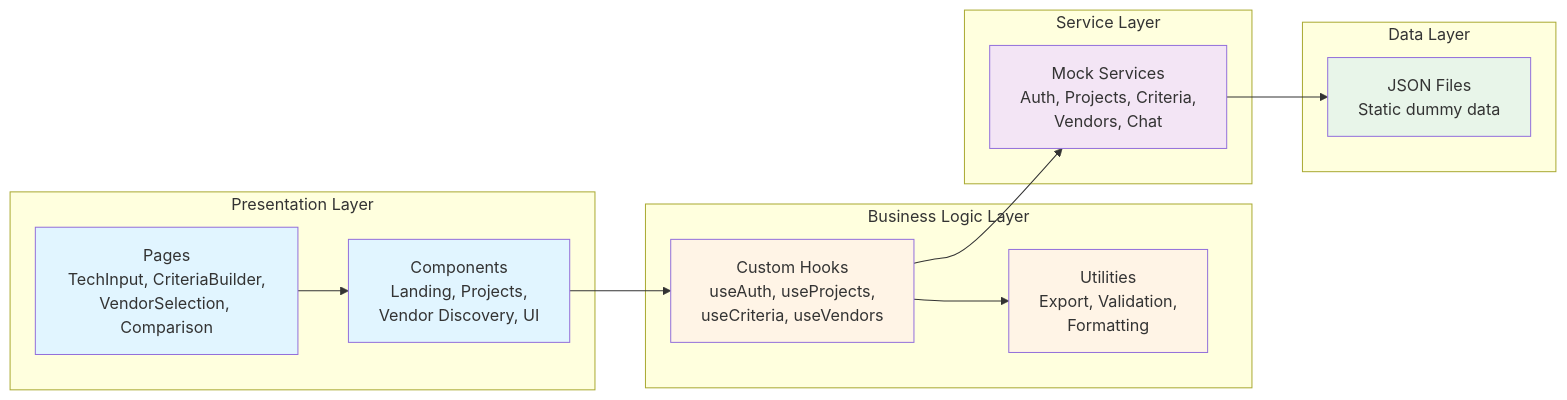
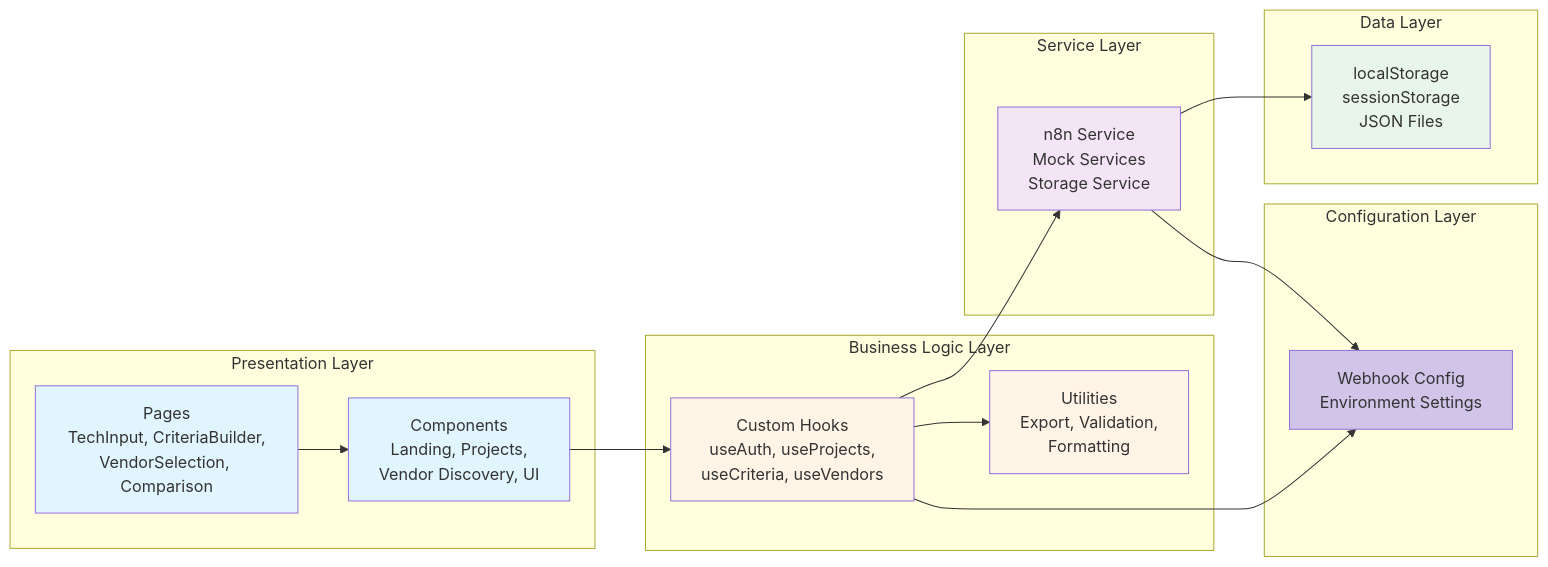
Before and after one commit to pangeafate/Clarioo-AI-Enabled: the second of 8 diagrams in 00_IMPLEMENTATION/ARCHITECTURE.md, drawn with Mermaid. The commit also changed other lines of this file and 15 other files, not shown here.

````diff
--- a/00_IMPLEMENTATION/ARCHITECTURE.md
+++ b/00_IMPLEMENTATION/ARCHITECTURE.md
@@ -113,33 +113,40 @@
 ```mermaid
 graph LR
     subgraph "Presentation Layer"
         Pages[Pages<br/>TechInput, CriteriaBuilder,<br/>VendorSelection, Comparison]
         Components[Components<br/>Landing, Projects,<br/>Vendor Discovery, UI]
     end
 
     subgraph "Business Logic Layer"
         Hooks[Custom Hooks<br/>useAuth, useProjects,<br/>useCriteria, useVendors]
         Utils[Utilities<br/>Export, Validation,<br/>Formatting]
     end
 
+    subgraph "Configuration Layer"
+        Config[Webhook Config<br/>Environment Settings]
+    end
+
     subgraph "Service Layer"
-        Services[Mock Services<br/>Auth, Projects, Criteria,<br/>Vendors, Chat]
+        Services[n8n Service<br/>Mock Services<br/>Storage Service]
     end
 
     subgraph "Data Layer"
-        Data[JSON Files<br/>Static dummy data]
+        Data[localStorage<br/>sessionStorage<br/>JSON Files]
     end
 
     Pages --> Components
     Components --> Hooks
     Hooks --> Utils
+    Hooks --> Config
     Hooks --> Services
+    Services --> Config
     Services --> Data
 
     style Pages fill:#e1f5ff
     style Components fill:#e1f5ff
     style Hooks fill:#fff4e6
     style Utils fill:#fff4e6
+    style Config fill:#d1c4e9
     style Services fill:#f3e5f5
     style Data fill:#e8f5e9
 ```
````
